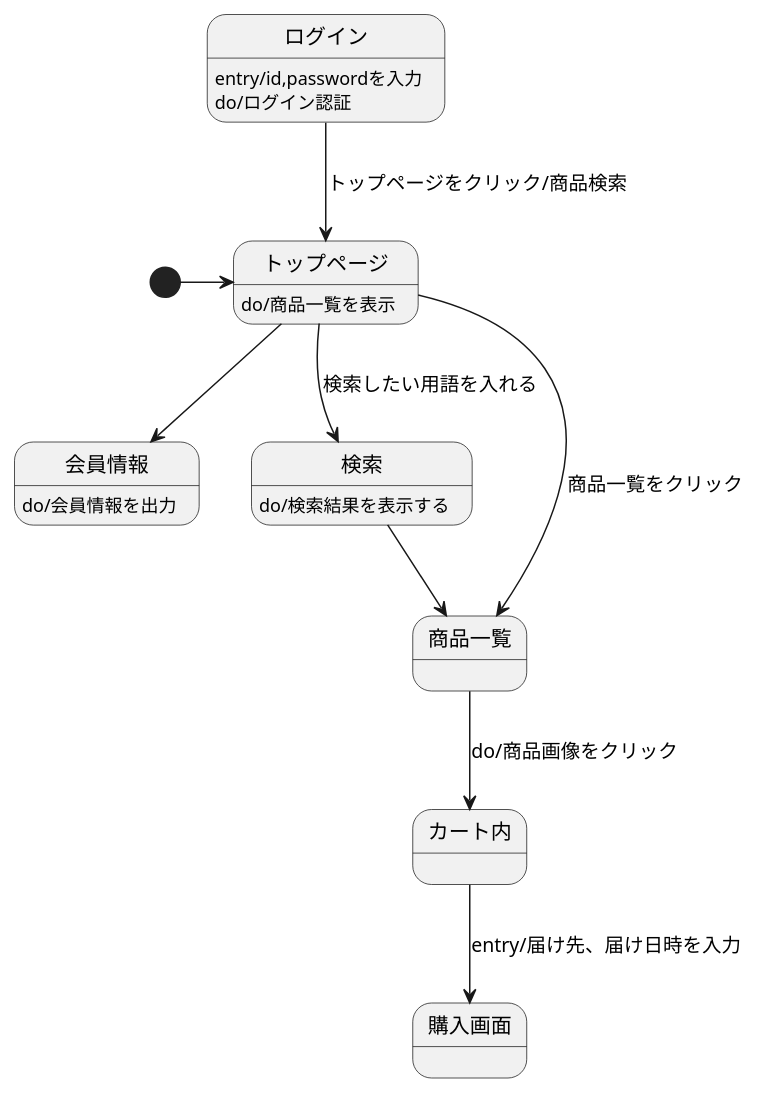
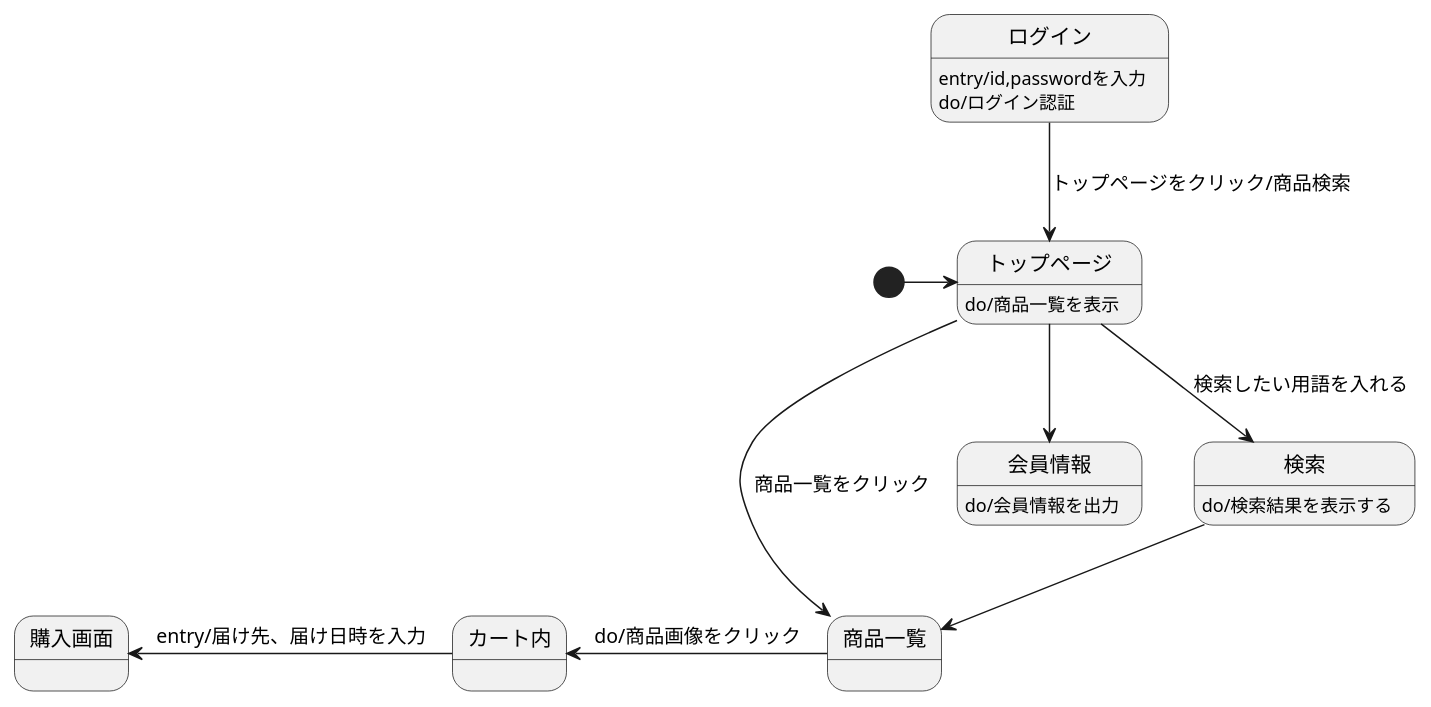
Before and after one commit to Aso2001224/2021sys-design: the diagram in 画面遷移図(original).md, drawn with PlantUML.

````diff
--- a/画面遷移図(original).md
+++ b/画面遷移図(original).md
@@ -1,17 +1,17 @@
 ```uml
 @startuml
 [*]->トップページ
 トップページ:do/商品一覧を表示
 ログイン-->トップページ:トップページをクリック/商品検索
 ログイン:entry/id,passwordを入力
 ログイン:do/ログイン認証
 トップページ-->会員情報
 会員情報:do/会員情報を出力
 トップページ-->検索 :検索したい用語を入れる
 検索:do/検索結果を表示する
 トップページ-->商品一覧 :商品一覧をクリック
 検索-->商品一覧
-商品一覧-->カート内: do/商品画像をクリック
-カート内--> 購入画面:entry/届け先、届け日時を入力
+商品一覧-left->カート内: do/商品画像をクリック
+カート内-left-> 購入画面:entry/届け先、届け日時を入力
 @enduml
 ```
````
